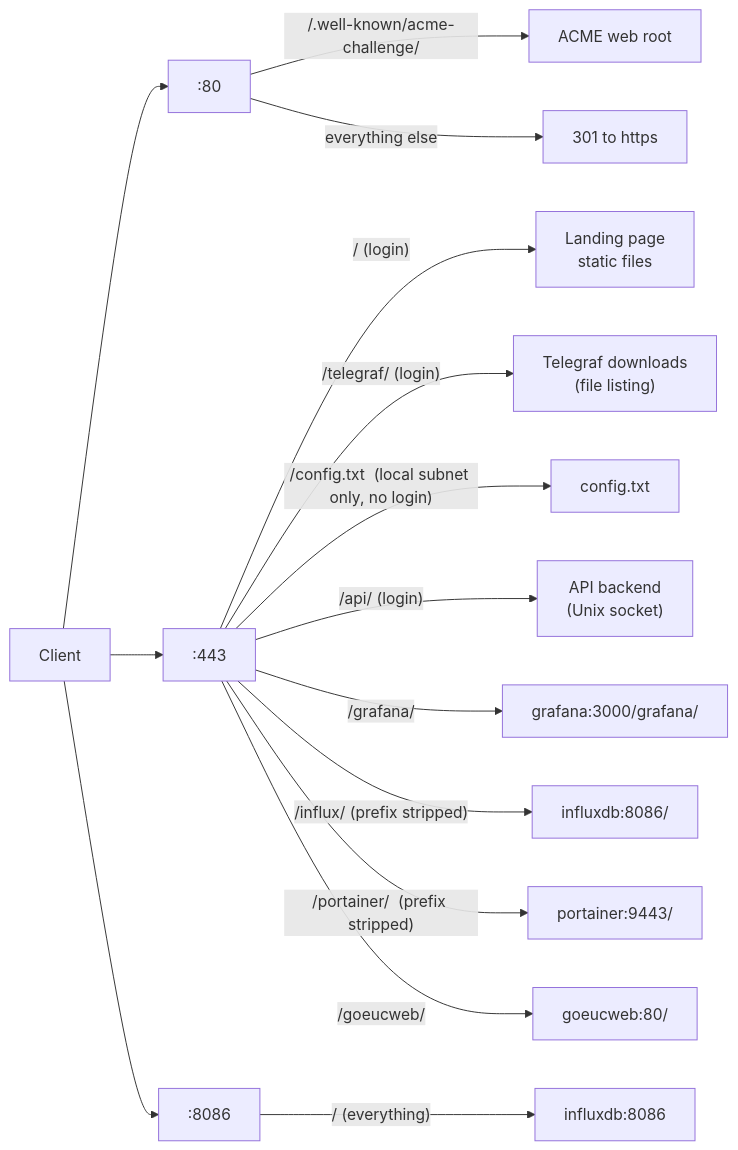
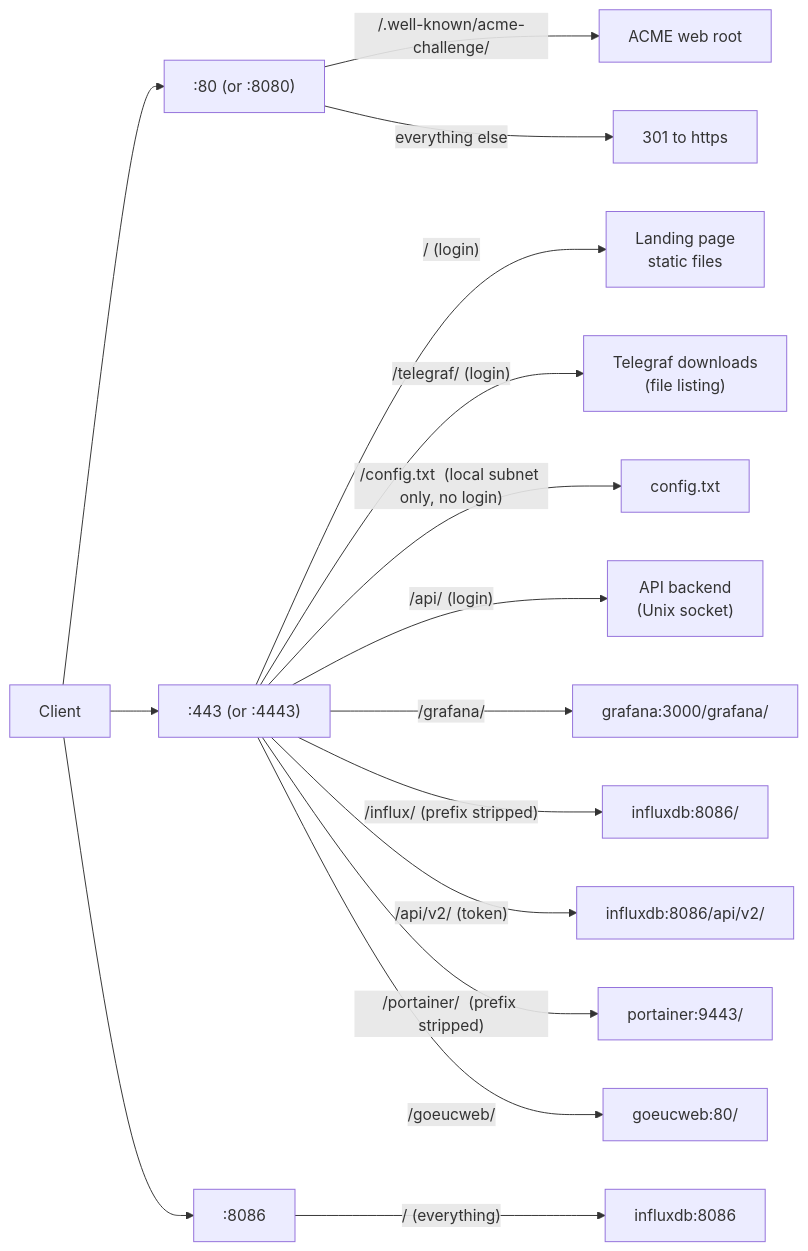
Before and after one commit to GO-EUC/Influx_grafana_deploy: the second of 4 diagrams in docs/architecture.md, drawn with Mermaid. The commit also changed other lines of this file and 18 other files, not shown here.

````diff
--- a/docs/architecture.md
+++ b/docs/architecture.md
@@ -77,20 +82,21 @@
 ```mermaid
 flowchart LR
-    c["Client"] --> p80[":80"]
-    c --> p443[":443"]
+    c["Client"] --> p80[":80 (or :8080)"]
+    c --> p443[":443 (or :4443)"]
     c --> p8086[":8086"]
 
     p80 -- "/.well-known/acme-challenge/" --> acme["ACME web root"]
     p80 -- "everything else" --> redirect["301 to https"]
 
     p443 -- "/  (login)" --> landing["Landing page<br/>static files"]
     p443 -- "/telegraf/  (login)" --> tele["Telegraf downloads<br/>(file listing)"]
     p443 -- "/config.txt  (local subnet only, no login)" --> cfg["config.txt"]
     p443 -- "/api/  (login)" --> api2["API backend<br/>(Unix socket)"]
     p443 -- "/grafana/" --> g["grafana:3000/grafana/"]
     p443 -- "/influx/  (prefix stripped)" --> i1["influxdb:8086/"]
+    p443 -- "/api/v2/  (token)" --> i3["influxdb:8086/api/v2/"]
     p443 -- "/portainer/  (prefix stripped)" --> pt["portainer:9443/"]
     p443 -- "/goeucweb/" --> gw["goeucweb:80/"]
 
     p8086 -- "/ (everything)" --> i2["influxdb:8086"]
 ```
````
